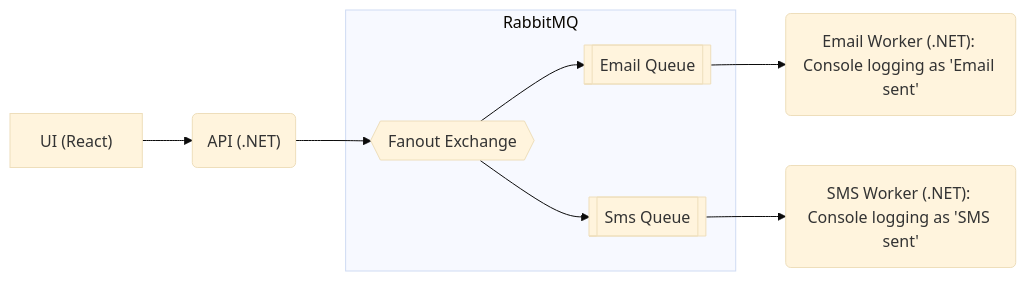
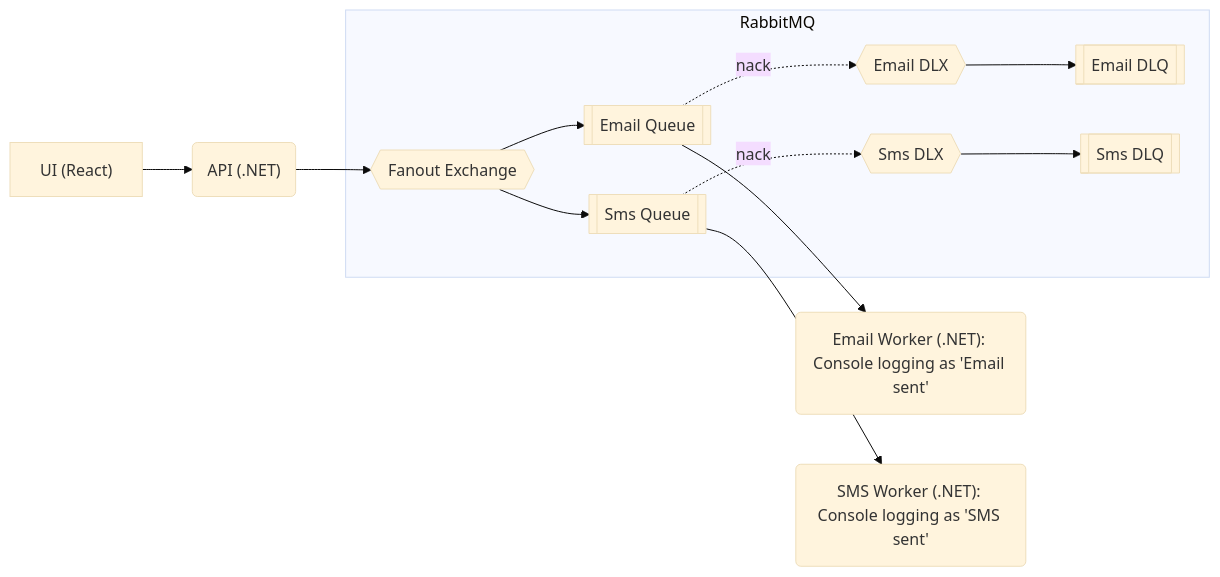
Before and after one commit to topmangarbuja/event-driven-notification-system: the diagram in README.md, drawn with Mermaid (base theme). The commit also changed other lines of this file, not shown here.

Commit message:
docs: reflect dead-lettering in readme
Add the DLX/DLQ topology for both workers to the architecture
diagram and drop the stale retry/DLQ enhancement item now that
dead-lettering is implemented; retries remain listed as the next
step.

````diff
--- a/README.md
+++ b/README.md
@@ -9,21 +9,29 @@
 ```mermaid
 flowchart LR
     UI["UI (React)"]
     API("API (.NET)")
     
     subgraph  RabbitMQ 
         Exchange{{Fanout Exchange}}
         EmailQueue[[Email Queue]]
-        SmsQueue[[Sms Queue]]   
+        SmsQueue[[Sms Queue]]
+        EmailDlx{{Email DLX}}
+        SmsDlx{{Sms DLX}}
+        EmailDlq[[Email DLQ]]
+        SmsDlq[[Sms DLQ]]
     end
 
     Worker1("Email Worker (.NET): Console logging as 'Email sent'")
     Worker2("SMS Worker (.NET): Console logging as 'SMS sent'")
     
     UI --> API
     API --> Exchange
     Exchange --> EmailQueue
     Exchange --> SmsQueue
     EmailQueue --> Worker1
     SmsQueue --> Worker2
+    EmailQueue -.->|nack| EmailDlx
+    SmsQueue -.->|nack| SmsDlx
+    EmailDlx --> EmailDlq
+    SmsDlx --> SmsDlq
 ```
````
